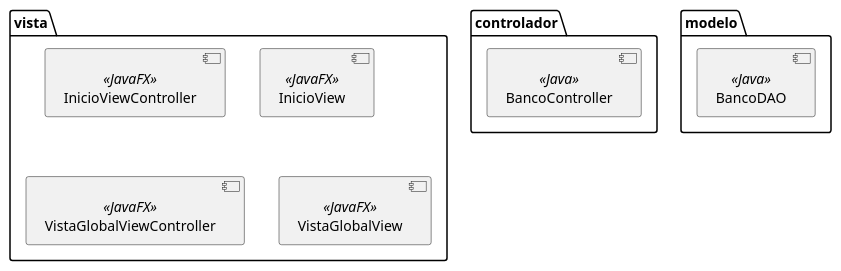
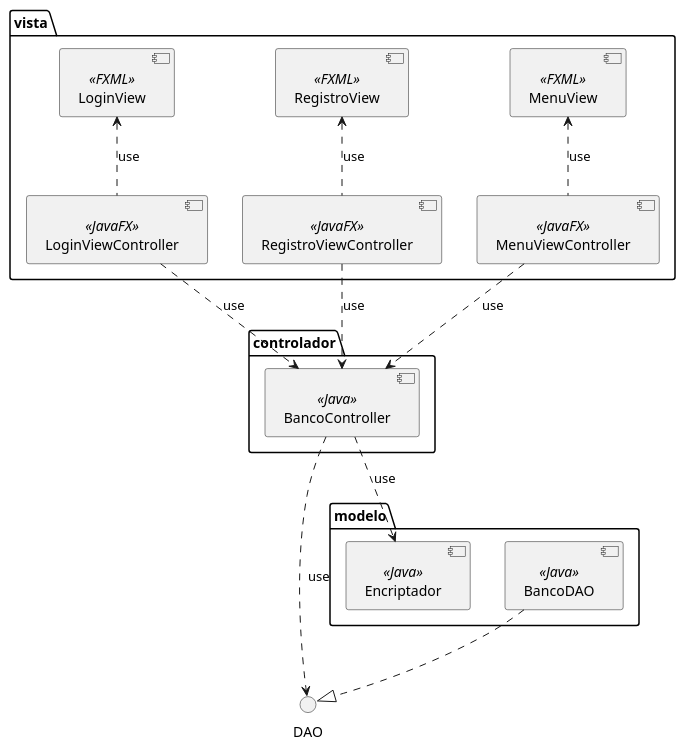
The fourth of 5 diagrams in README.md (ljhonyl/bizum), drawn with PlantUML before and after one commit. The commit also changed other lines of this file and 7 other files, not shown here.

`````diff
--- a/README.md
+++ b/README.md
@@ -88,23 +97,29 @@
 ````plantuml
 @startuml
 package vista{
-  [ InicioViewController ] <<JavaFX>>
-  [ InicioView ] <<JavaFX>>
-  [ VistaGlobalViewController ] <<JavaFX>>
-  [ VistaGlobalView ] <<JavaFX>>
+  [ LoginView ] <<FXML>>
+  [ RegistroView ] <<FXML>>
+  [ MenuView ] <<FXML>>
+  [ LoginViewController ] <<JavaFX>>
+  [ RegistroViewController ] <<JavaFX>>
+  [ MenuViewController ] <<JavaFX>>
 }
 package controlador{
   [ BancoController ] <<Java>>
 }
 package modelo{
   [ BancoDAO ] <<Java>>
+  [ Encriptador ] <<Java>>
 }
-@enduml
 
-[ InicioView ] <.. [ InicioViewController ] :use
-[ InicioViewController ] ..> [ BancoController ] :use
-[ VistaGlobalView ] <.. [ VistaGlobalViewController ] :use
-[ VistaGlobalViewController ] ..> [ BancoController ] :use 
+[ LoginView ] <.. [ LoginViewController ] :use
+[ LoginViewController ] ..> [ BancoController ] :use
+[ RegistroView ] <.. [ RegistroViewController ] :use
+[ RegistroViewController ] ..> [ BancoController ] :use
+[ MenuView ] <.. [ MenuViewController ] :use
+[ MenuViewController ] ..> [ BancoController ] :use  
+[ BancoController ] ..> [ Encriptador ] : use
 [ BancoController ] ..> DAO :use
 [ BancoDAO ] ..|> DAO
+@enduml
 ````
`````
